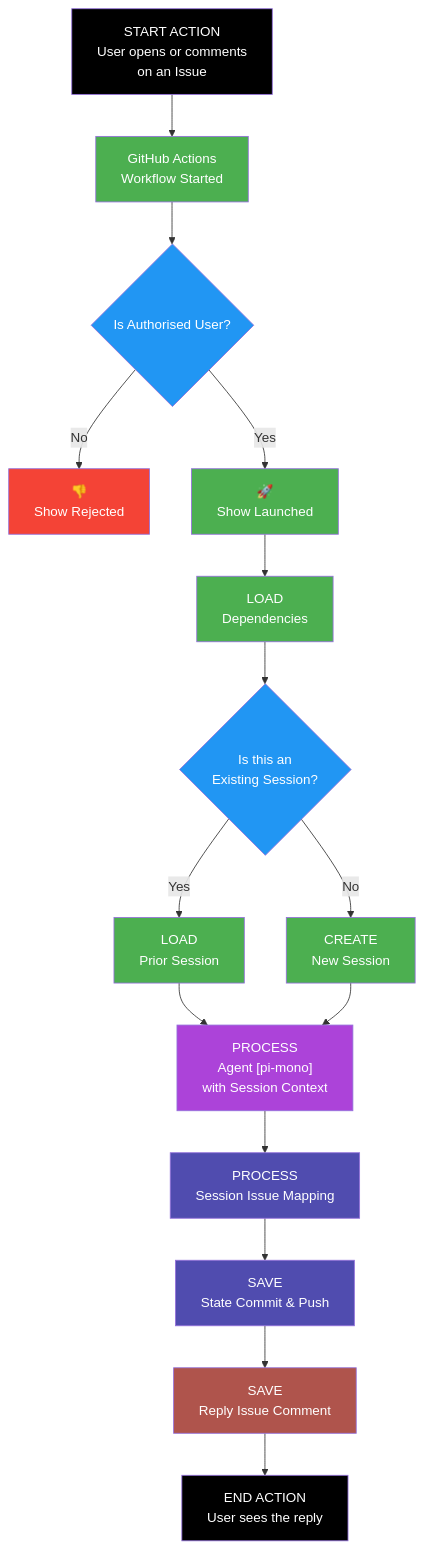
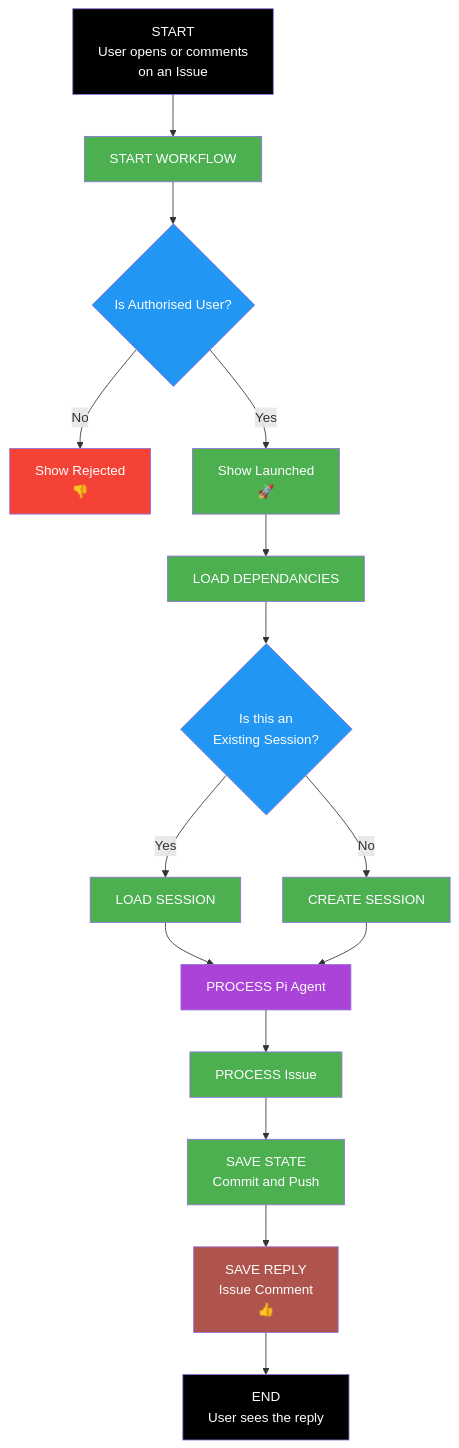
One commit to japer-technology/github-minimum-intelligence changed the diagram in README.md. Above: the diagram before and after it, drawn with Mermaid.

````diff
--- a/README.md
+++ b/README.md
@@ -84,32 +84,32 @@
 ```mermaid
 flowchart TD
-    A["START ACTION<br/>User opens or comments<br/>on an Issue"] --> B["GitHub Actions<br/>Workflow Started"]
+    A["START<br/>User opens or comments<br/>on an Issue"] --> B["START WORKFLOW"]
     B --> C{"Is Authorised User?"}
-    C -- No --> D["👎<br/>Show Rejected"]
-    C -- Yes --> E["🚀<br/>Show Launched"]
-    E --> F["LOAD<br/>Dependencies"]
+    C -- No --> D["Show Rejected<br/>👎"]
+    C -- Yes --> E["Show Launched<br/>🚀"]
+    E --> F["LOAD DEPENDANCIES"]
     F --> G{"Is this an<br/>Existing Session?"}
-    G -- Yes --> H["LOAD<br/>Prior Session"]
-    G -- No --> I["CREATE<br/>New Session"]
-    H --> J["PROCESS<br/>Agent [pi-mono]<br/>with Session Context"]
+    G -- Yes --> H["LOAD SESSION"]
+    G -- No --> I["CREATE SESSION"]
+    H --> J["PROCESS Pi Agent"]
     I --> J
-    J --> K["PROCESS<br/>Session Issue Mapping"]
-    K --> L["SAVE<br/>State Commit & Push"]
-    L --> M["SAVE<br/>Reply Issue Comment"]
-    M --> N["END ACTION<br/>User sees the reply"]
+    J --> K["PROCESS Issue"]
+    K --> L["SAVE STATE<br/>Commit and Push"]
+    L --> M["SAVE REPLY<br/>Issue Comment<br/>👍"]
+    M --> N["END<br/>User sees the reply"]
 
     style A fill:#000000,color:#fff
     style B fill:#4CAF50,color:#fff
     style C fill:#2196F3,color:#fff
     style D fill:#f44336,color:#fff
     style E fill:#4CAF50,color:#fff
     style F fill:#4CAF50,color:#fff
     style G fill:#2196F3,color:#fff
     style H fill:#4CAF50,color:#fff
     style I fill:#4CAF50,color:#fff
     style J fill:#AC43D9,color:#fff
-    style K fill:#504caf,color:#fff
-    style L fill:#504caf,color:#fff
+    style K fill:#4CAF50,color:#fff
+    style L fill:#4CAF50,color:#fff
     style M fill:#af544c,color:#fff
     style N fill:#000000,color:#fff
 ```
````
